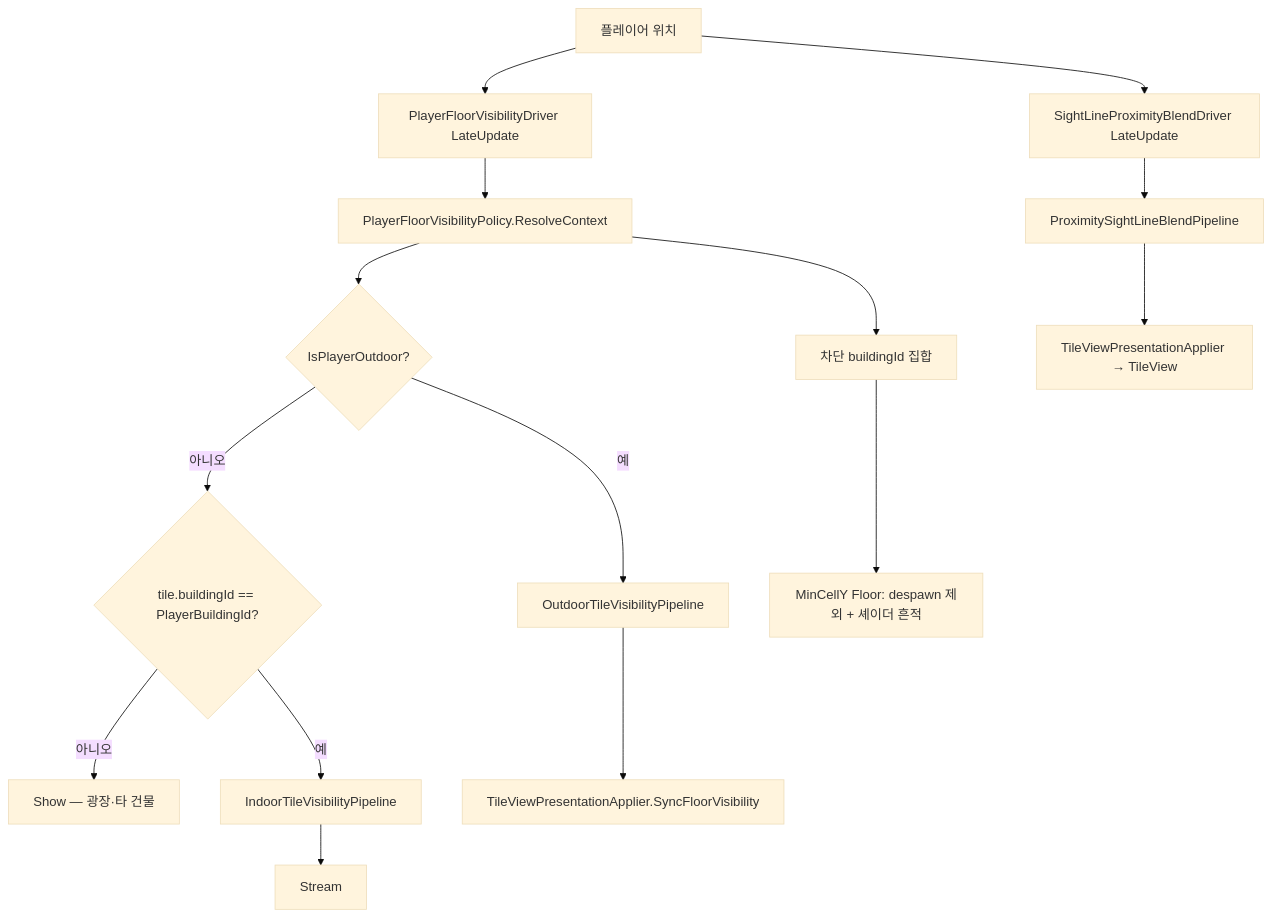
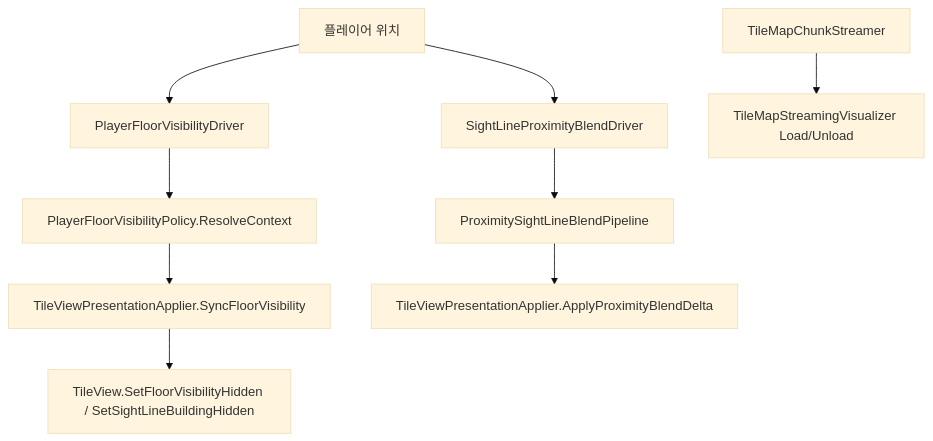
One commit to garunnir/Project_Pictureless changed the diagram in Assets/Dist/Scripts/Map/TileMap/TILEMAP_VISIBILITY.md. Above: the diagram before and after it, drawn with Mermaid (base theme). The commit also changed other lines of this file and 79 other files, not shown here.

````diff
--- a/Assets/Dist/Scripts/Map/TileMap/TILEMAP_VISIBILITY.md
+++ b/Assets/Dist/Scripts/Map/TileMap/TILEMAP_VISIBILITY.md
@@ -19,18 +36,13 @@
 ```mermaid
 flowchart TD
-    Player[플레이어 위치] --> Driver[PlayerFloorVisibilityDriver LateUpdate]
+    Player[플레이어 위치] --> Driver[PlayerFloorVisibilityDriver]
     Driver --> Policy[PlayerFloorVisibilityPolicy.ResolveContext]
-    Policy --> Outdoor{IsPlayerOutdoor?}
-    Outdoor -->|예| OutdoorPipe[OutdoorTileVisibilityPipeline]
-    Outdoor -->|아니오| IndoorBranch{tile.buildingId == PlayerBuildingId?}
-    IndoorBranch -->|아니오| ShowOther[Show — 광장·타 건물]
-    IndoorBranch -->|예| IndoorPipe[IndoorTileVisibilityPipeline]
-    OutdoorPipe --> ApplierFloor[TileViewPresentationApplier.SyncFloorVisibility]
-    IndoorPipe --> Stream
-    Policy --> SightLine[차단 buildingId 집합]
-    SightLine --> MinFloor[MinCellY Floor: despawn 제외 + 셰이더 흔적]
+    Policy --> Applier[TileViewPresentationApplier.SyncFloorVisibility]
+    Applier --> View[TileView.SetFloorVisibilityHidden / SetSightLineBuildingHidden]
 
-    Player --> BlendDriver[SightLineProximityBlendDriver LateUpdate]
+    Player --> BlendDriver[SightLineProximityBlendDriver]
     BlendDriver --> ProxPipe[ProximitySightLineBlendPipeline]
-    ProxPipe --> Applier[TileViewPresentationApplier → TileView]
+    ProxPipe --> ApplierOccl[TileViewPresentationApplier.ApplyProximityBlendDelta]
+
+    Chunk[TileMapChunkStreamer] --> Stream[TileMapStreamingVisualizer Load/Unload]
 ```
````
